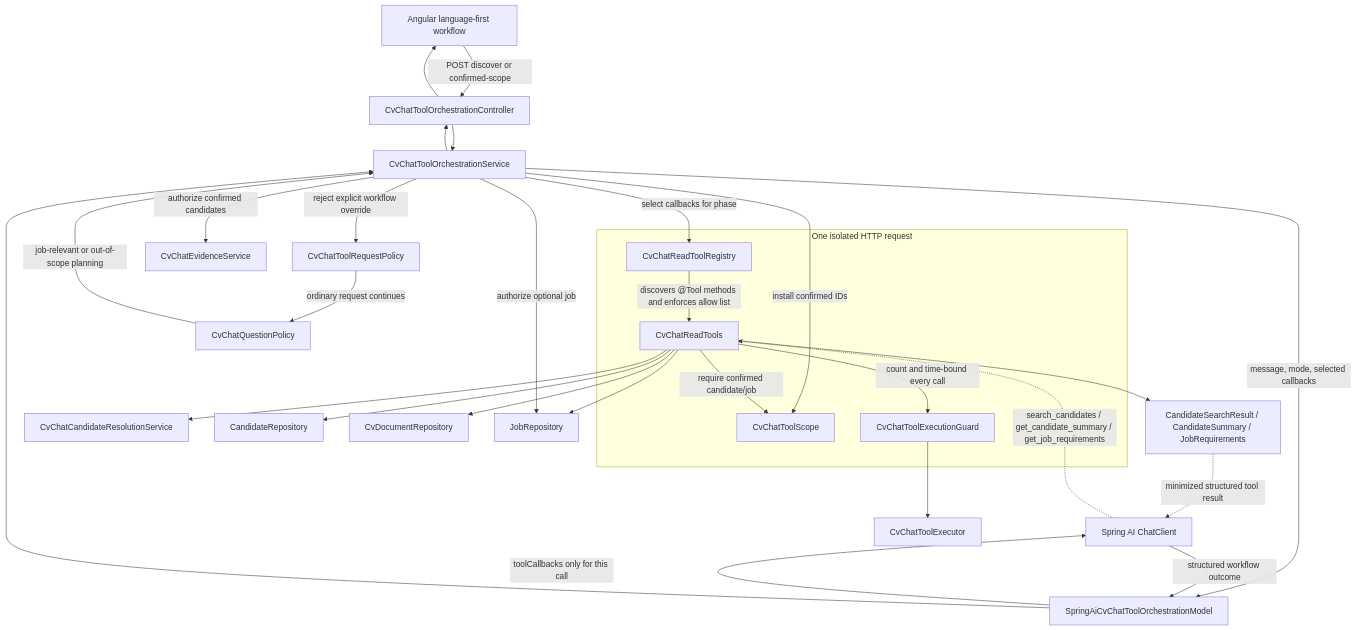
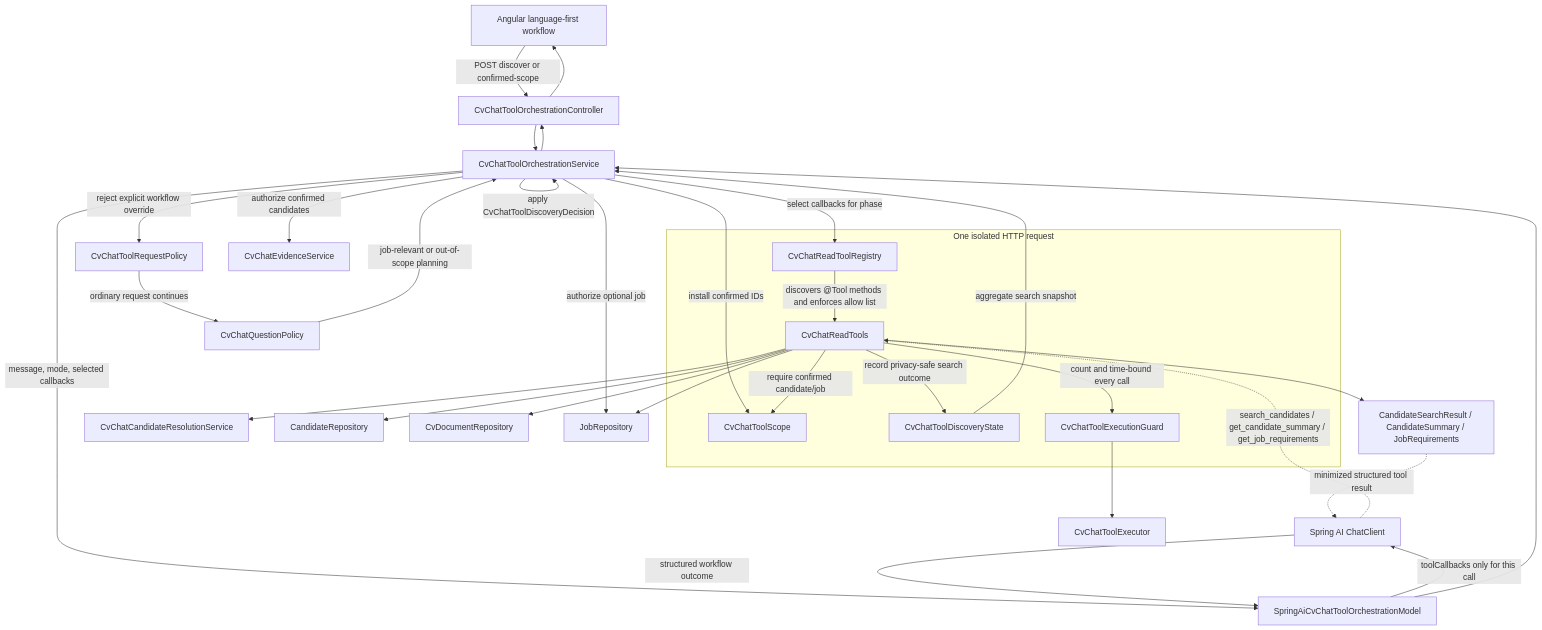
Before and after one commit to NevGiU-AI/hr-ai: the diagram in specifications/12-spring-ai-tools-and-agent-actions.md, drawn with Mermaid. The commit also changed other lines of this file and 10 other files, not shown here.

Commit message:
fix(chat): stabilize tool discovery outcomes

````diff
--- a/specifications/12-spring-ai-tools-and-agent-actions.md
+++ b/specifications/12-spring-ai-tools-and-agent-actions.md
@@ -136,52 +140,56 @@
 ```mermaid
 flowchart TD
     Angular[Angular language-first workflow]
     Controller[CvChatToolOrchestrationController]
     Service[CvChatToolOrchestrationService]
     RequestPolicy[CvChatToolRequestPolicy]
     SemanticPolicy[CvChatQuestionPolicy]
     Evidence[CvChatEvidenceService]
     Model[SpringAiCvChatToolOrchestrationModel]
     ChatClient[Spring AI ChatClient]
 
     subgraph RequestScope[One isolated HTTP request]
         Registry[CvChatReadToolRegistry]
         Scope[CvChatToolScope]
+        DiscoveryState[CvChatToolDiscoveryState]
         Tools[CvChatReadTools]
         Guard[CvChatToolExecutionGuard]
     end
 
     Executor[CvChatToolExecutor]
     Search[CvChatCandidateResolutionService]
     CandidateRepo[CandidateRepository]
     DocumentRepo[CvDocumentRepository]
     JobRepo[JobRepository]
     Results[CandidateSearchResult / CandidateSummary / JobRequirements]
 
     Angular -->|POST discover or confirmed-scope| Controller
     Controller --> Service
     Service -->|reject explicit workflow override| RequestPolicy
     RequestPolicy -->|ordinary request continues| SemanticPolicy
     SemanticPolicy -->|job-relevant or out-of-scope planning| Service
     Service -->|authorize confirmed candidates| Evidence
     Service -->|authorize optional job| JobRepo
     Service -->|install confirmed IDs| Scope
     Service -->|select callbacks for phase| Registry
     Service -->|message, mode, selected callbacks| Model
     Registry -->|discovers @Tool methods and enforces allow list| Tools
     Model -->|toolCallbacks only for this call| ChatClient
     ChatClient -.->|search_candidates / get_candidate_summary / get_job_requirements| Tools
+    Tools -->|record privacy-safe search outcome| DiscoveryState
     Tools -->|require confirmed candidate/job| Scope
     Tools -->|count and time-bound every call| Guard
     Guard --> Executor
     Tools --> Search
     Tools --> CandidateRepo
     Tools --> DocumentRepo
     Tools --> JobRepo
     Tools --> Results
     Results -.->|minimized structured tool result| ChatClient
     ChatClient -->|structured workflow outcome| Model
     Model --> Service
+    DiscoveryState -->|aggregate search snapshot| Service
+    Service -->|apply CvChatToolDiscoveryDecision| Service
     Service --> Controller
     Controller --> Angular
 ```
````
